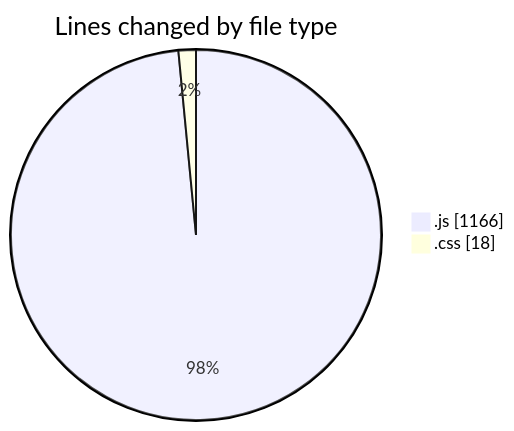
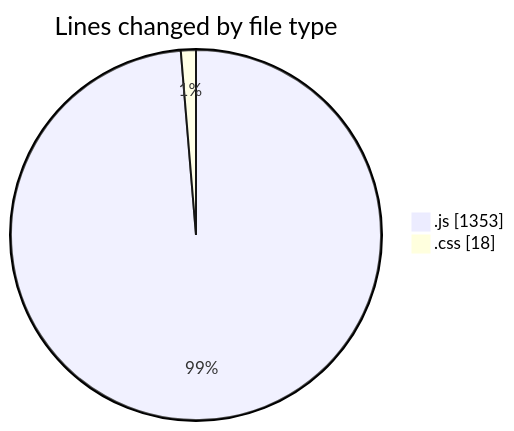
One commit to lephambinh05/code-tracking changed the first of 2 diagrams in 2025-09-03/quytuthien_vn/README.md. Above: the diagram before and after it, drawn with Mermaid. The commit also changed other lines of this file and 1 other file, not shown here.

````diff
--- a/2025-09-03/quytuthien_vn/README.md
+++ b/2025-09-03/quytuthien_vn/README.md
@@ -33,6 +33,6 @@
 ```mermaid
 pie showData
 title Lines changed by file type
-".js" : 1166
+".js" : 1353
 ".css" : 18
 ```
````
